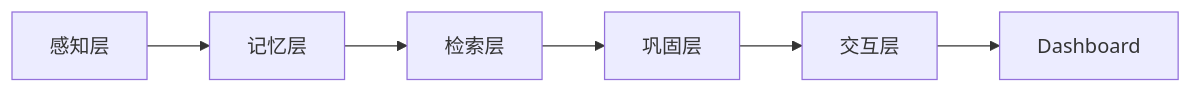
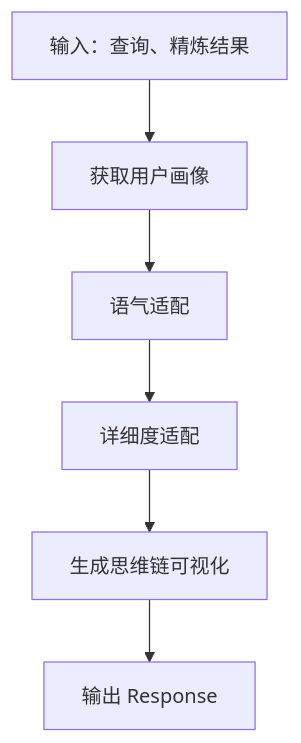
One commit to JieGaoPrinceton/NecoRAG changed the seventh of 8 diagrams in .qoder/repowiki/zh/content/项目概述/技术架构概览.md. Above: the diagram before and after it, drawn with Mermaid. The commit also changed other lines of this file and 222 other files, not shown here.

````diff
--- a/.qoder/repowiki/zh/content/项目概述/技术架构概览.md
+++ b/.qoder/repowiki/zh/content/项目概述/技术架构概览.md
@@ -347,8 +305,8 @@
 ```mermaid
-graph LR
-PE["感知层"] --> MEM["记忆层"]
-MEM --> RET["检索层"]
-RET --> REF["巩固层"]
-REF --> RESP["交互层"]
-RESP --> DASH["Dashboard"]
+flowchart TD
+In["输入：查询、精炼结果"] --> Profile["获取用户画像"]
+Profile --> Tone["语气适配"]
+Tone --> Detail["详细度适配"]
+Detail --> Chain["生成思维链可视化"]
+Chain --> Resp["输出 Response"]
 ```
````
